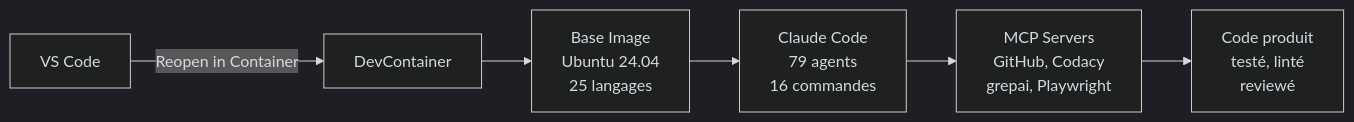
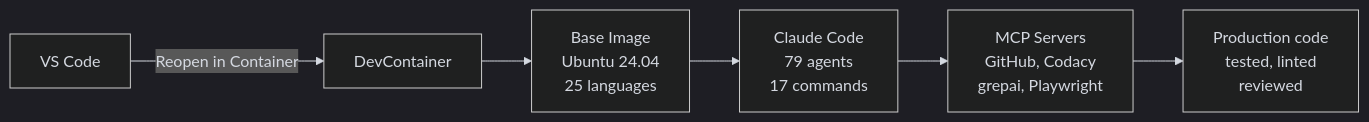
The diagram in docs/index.md (kodflow/devcontainer-template), drawn with Mermaid before and after one commit. The commit also changed other lines of this file and 60 other files, not shown here.

````diff
--- a/docs/index.md
+++ b/docs/index.md
@@ -24,15 +24,15 @@
 ```mermaid
 %%{init: {'theme': 'dark', 'themeVariables': {
   'primaryColor': '#9D76FB1a',
   'primaryBorderColor': '#9D76FB',
   'primaryTextColor': '#d4d8e0',
   'lineColor': '#d4d8e0',
   'textColor': '#d4d8e0'
 }}}%%
 flowchart LR
     A[VS Code] -->|"Reopen in Container"| B[DevContainer]
-    B --> C[Base Image<br/>Ubuntu 24.04<br/>25 langages]
-    C --> D[Claude Code<br/>79 agents<br/>16 commandes]
+    B --> C[Base Image<br/>Ubuntu 24.04<br/>25 languages]
+    C --> D[Claude Code<br/>79 agents<br/>17 commands]
     D --> E[MCP Servers<br/>GitHub, Codacy<br/>grepai, Playwright]
-    E --> F[Code produit<br/>testé, linté<br/>reviewé]
+    E --> F[Production code<br/>tested, linted<br/>reviewed]
 ```
````
